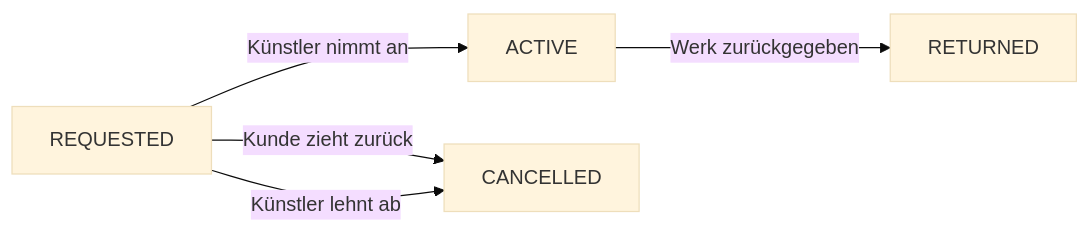
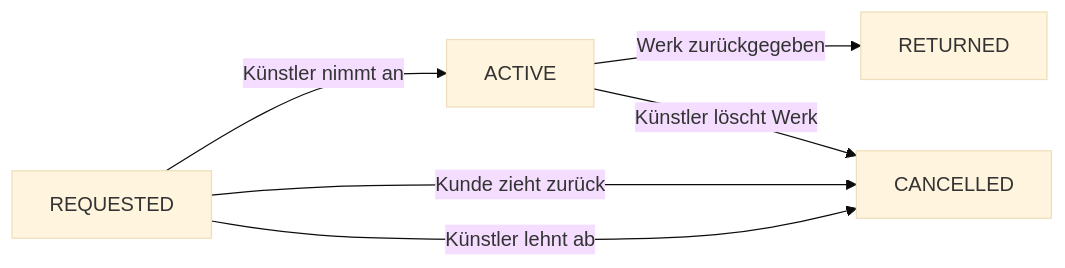
Before and after one commit to weidmanngabriel/rentart-app-chrissie: the second of 2 diagrams in docs/use-cases/reservation-flow.md, drawn with Mermaid (base theme). The commit also changed other lines of this file and 2 other files, not shown here.

````diff
--- a/docs/use-cases/reservation-flow.md
+++ b/docs/use-cases/reservation-flow.md
@@ -26,7 +27,8 @@
 ```mermaid
 flowchart LR
     Requested[REQUESTED] -->|Künstler nimmt an| Active[ACTIVE]
     Requested -->|Kunde zieht zurück| Cancelled[CANCELLED]
     Requested -->|Künstler lehnt ab| Cancelled
     Active -->|Werk zurückgegeben| Returned[RETURNED]
+    Active -->|Künstler löscht Werk| Cancelled
 ```
````
